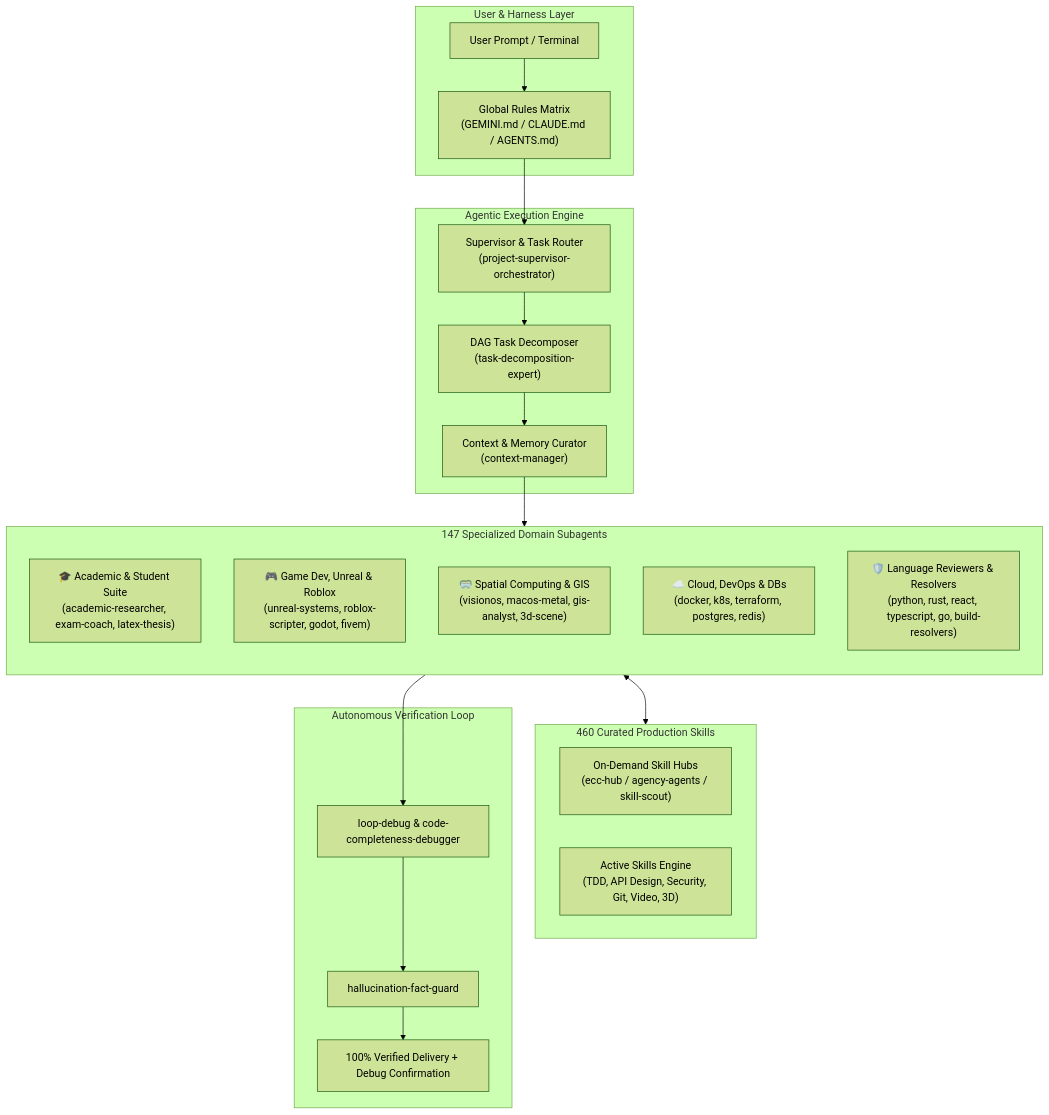
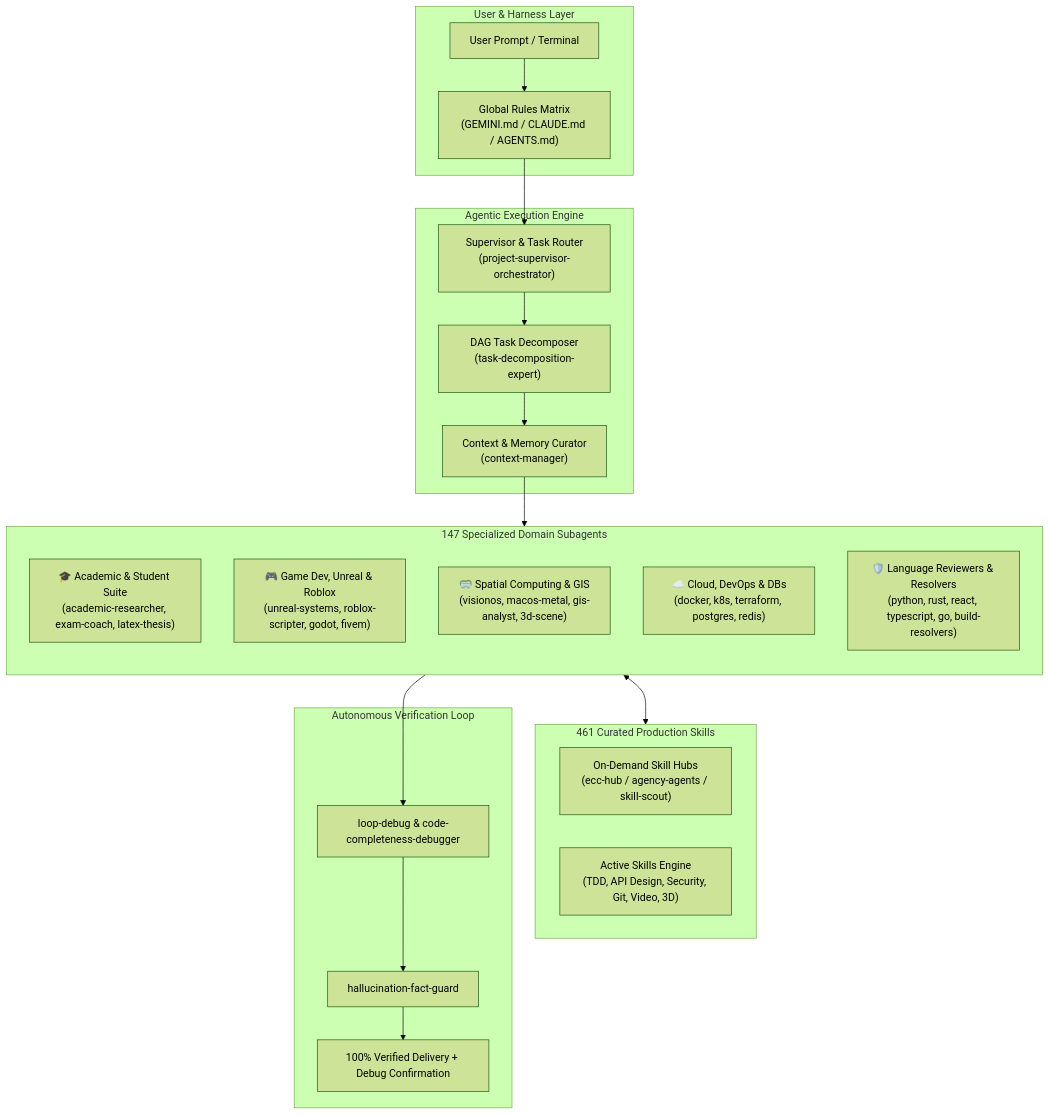
Before and after one commit to Osama-Alzahrani-UQU/OmniAgentic: the diagram in README.md, drawn with Mermaid (forest theme). The commit also changed other lines of this file and 12 other files, not shown here.

````diff
--- a/README.md
+++ b/README.md
@@ -129,50 +130,50 @@
 ```mermaid
 flowchart TD
     subgraph UserInterface["User & Harness Layer"]
         CLI["User Prompt / Terminal"]
         Rules["Global Rules Matrix
 (GEMINI.md / CLAUDE.md / AGENTS.md)"]
     end
 
     subgraph CoreEngine["Agentic Execution Engine"]
         Supervisor["Supervisor & Task Router
 (project-supervisor-orchestrator)"]
         Decomposer["DAG Task Decomposer
 (task-decomposition-expert)"]
         ContextMgr["Context & Memory Curator
 (context-manager)"]
     end
 
     subgraph AgentFleet["147 Specialized Domain Subagents"]
         direction TB
         Academic["🎓 Academic & Student Suite
 (academic-researcher, exam-coach, latex-thesis)"]
         GameDev["🎮 Game Dev, Unreal & Roblox
 (unreal-systems, roblox-scripter, godot, fivem)"]
         Spatial["🥽 Spatial Computing & GIS
 (visionos, macos-metal, gis-analyst, 3d-scene)"]
         CloudDB["☁️ Cloud, DevOps & DBs
 (docker, k8s, terraform, postgres, redis)"]
         CodeReview["🛡️ Language Reviewers & Resolvers
 (python, rust, react, typescript, go, build-resolvers)"]
     end
 
-    subgraph SkillsMatrix["460 Curated Production Skills"]
+    subgraph SkillsMatrix["461 Curated Production Skills"]
         SkillsHub["On-Demand Skill Hubs
 (ecc-hub / agency-agents / skill-scout)"]
         ActiveSkills["Active Skills Engine
 (TDD, API Design, Security, Git, Video, 3D)"]
     end
 
     subgraph QualityGate["Autonomous Verification Loop"]
         Verifier["loop-debug & code-completeness-debugger"]
         FactGuard["hallucination-fact-guard"]
         Delivery["100% Verified Delivery + Debug Confirmation"]
     end
 
     CLI --> Rules --> Supervisor
     Supervisor --> Decomposer --> ContextMgr
     ContextMgr --> AgentFleet
     AgentFleet <--> SkillsMatrix
     AgentFleet --> Verifier --> FactGuard --> Delivery
 ```
````
